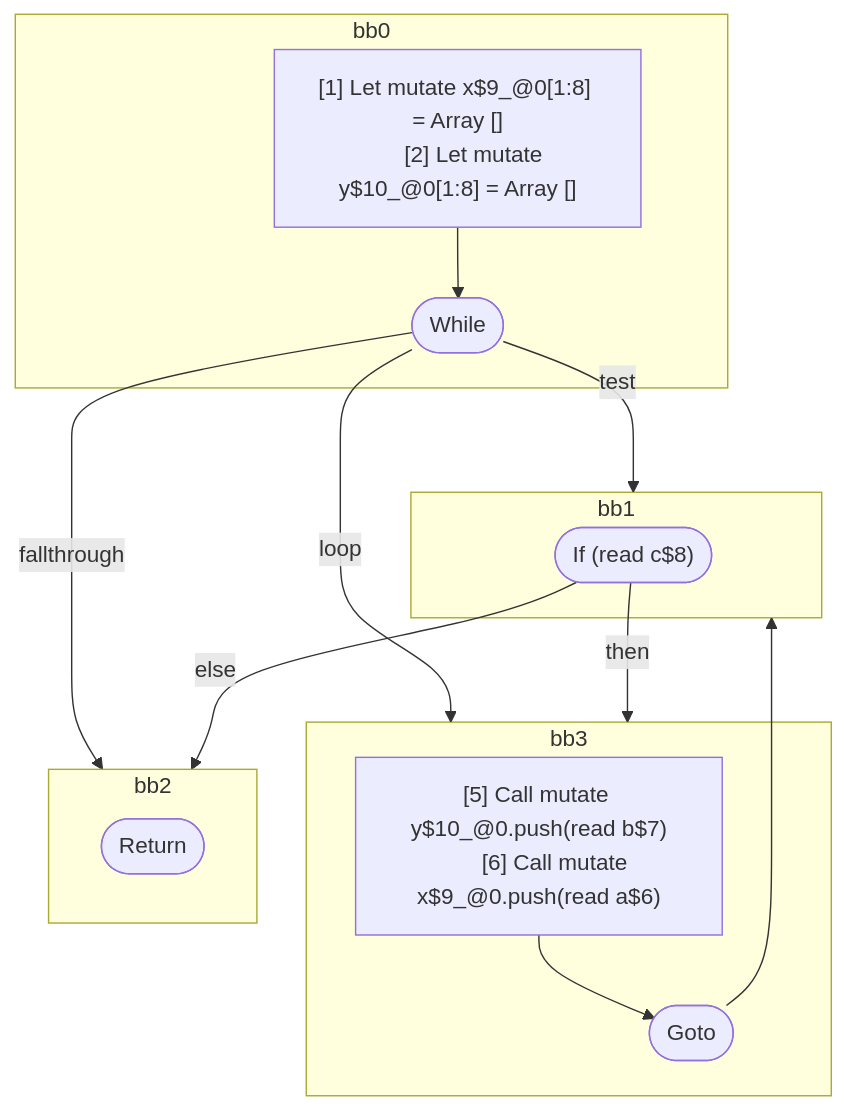
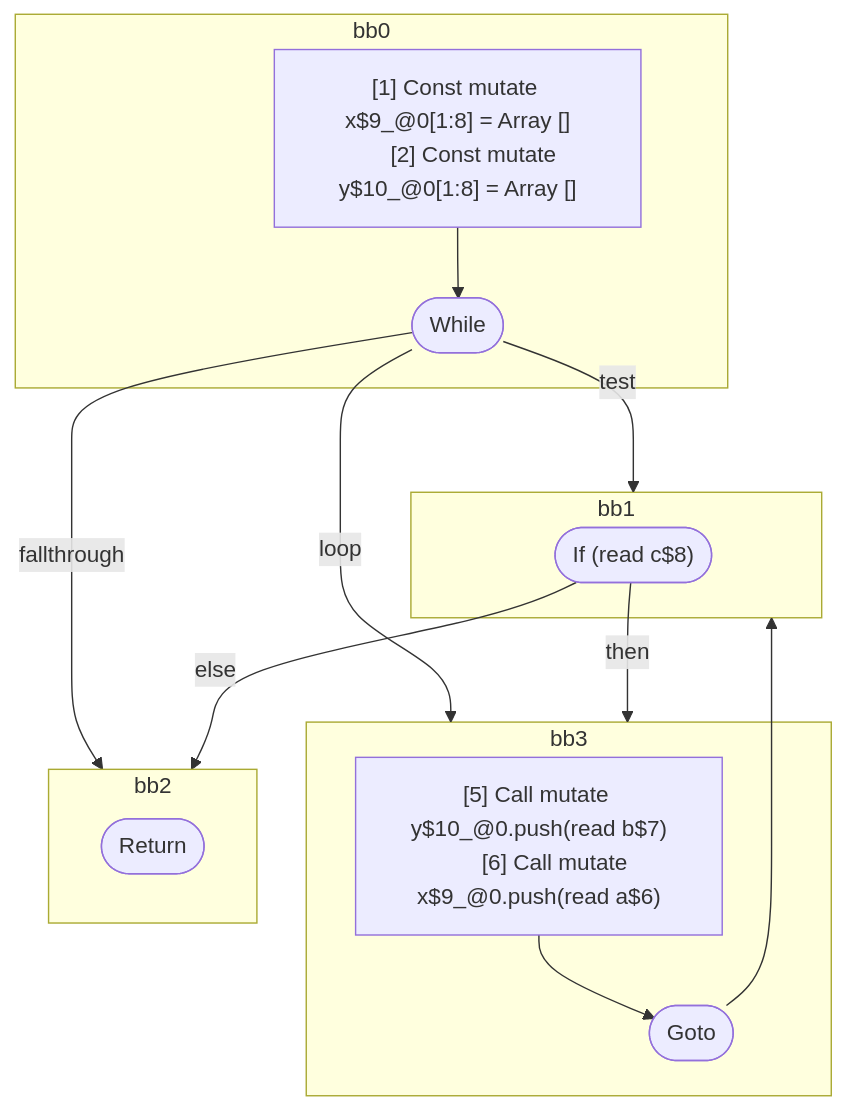
The diagram in compiler/forget/src/__tests__/fixtures/hir/overlapping-scopes-while.expect.md (wutsmog/private), drawn with Mermaid before and after one commit. The commit also changed other lines of this file and 61 other files, not shown here.

````diff
--- a/compiler/forget/src/__tests__/fixtures/hir/overlapping-scopes-while.expect.md
+++ b/compiler/forget/src/__tests__/fixtures/hir/overlapping-scopes-while.expect.md
@@ -42,33 +42,33 @@
 ```mermaid
 flowchart TB
   %% Basic Blocks
   subgraph bb0
     bb0_instrs["
-      [1] Let mutate x$9_@0[1:8] = Array []
-      [2] Let mutate y$10_@0[1:8] = Array []
+      [1] Const mutate x$9_@0[1:8] = Array []
+      [2] Const mutate y$10_@0[1:8] = Array []
     "]
     bb0_instrs --> bb0_terminal(["While"])
   end
   subgraph bb1
     bb1_terminal(["If (read c$8)"])
   end
   subgraph bb3
     bb3_instrs["
       [5] Call mutate y$10_@0.push(read b$7)
       [6] Call mutate x$9_@0.push(read a$6)
     "]
     bb3_instrs --> bb3_terminal(["Goto"])
   end
   subgraph bb2
     bb2_terminal(["Return"])
   end
 
   %% Jumps
   bb0_terminal -- "test" --> bb1
   bb0_terminal -- "loop" --> bb3
   bb0_terminal -- "fallthrough" --> bb2
   bb1_terminal -- "then" --> bb3
   bb1_terminal -- "else" --> bb2
   bb3_terminal --> bb1
 
 ```
````
